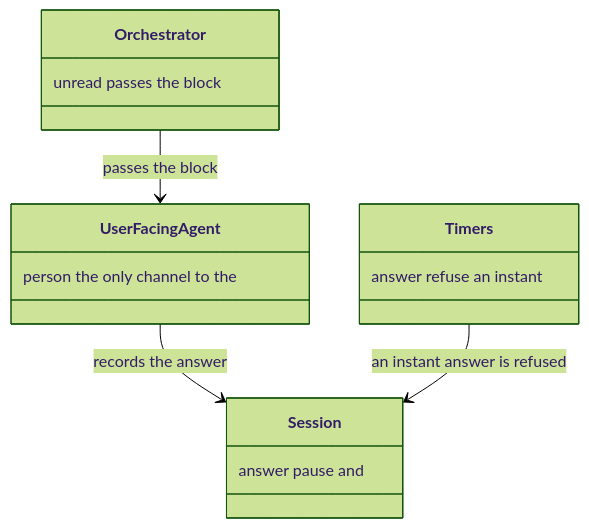
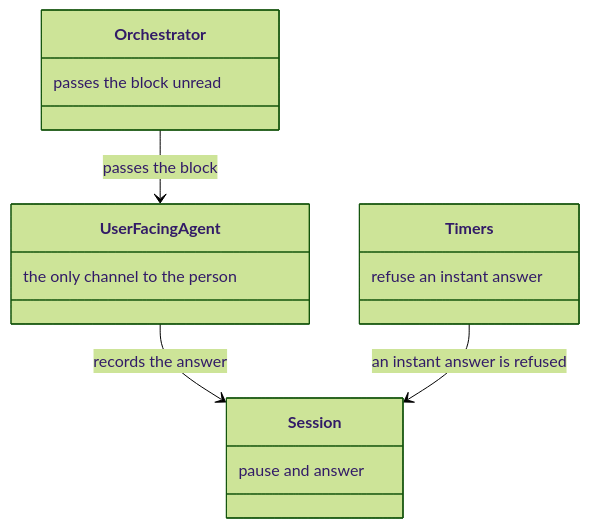
One commit to m2ux/workflow-server changed diagram 22 of 22 in docs/checkpoint.md. Above: the diagram before and after it, drawn with Mermaid (forest theme). The commit also changed other lines of this file and 10 other files, not shown here.

Commit message:
Write each class-box note in reading order so the diagram shows the phrase as written.

````diff
--- a/docs/checkpoint.md
+++ b/docs/checkpoint.md
@@ -559,18 +559,18 @@
 ```mermaid
 classDiagram
   class UserFacingAgent {
-    person the only channel to the
+    the only channel to the person
   }
   class Orchestrator {
-    unread passes the block
+    passes the block unread
   }
   class Session {
-    answer pause and
+    pause and answer
   }
   class Timers {
-    answer refuse an instant
+    refuse an instant answer
   }
   UserFacingAgent --> Session : records the answer
   Orchestrator --> UserFacingAgent : passes the block
   Timers --> Session : an instant answer is refused
 ```
````
